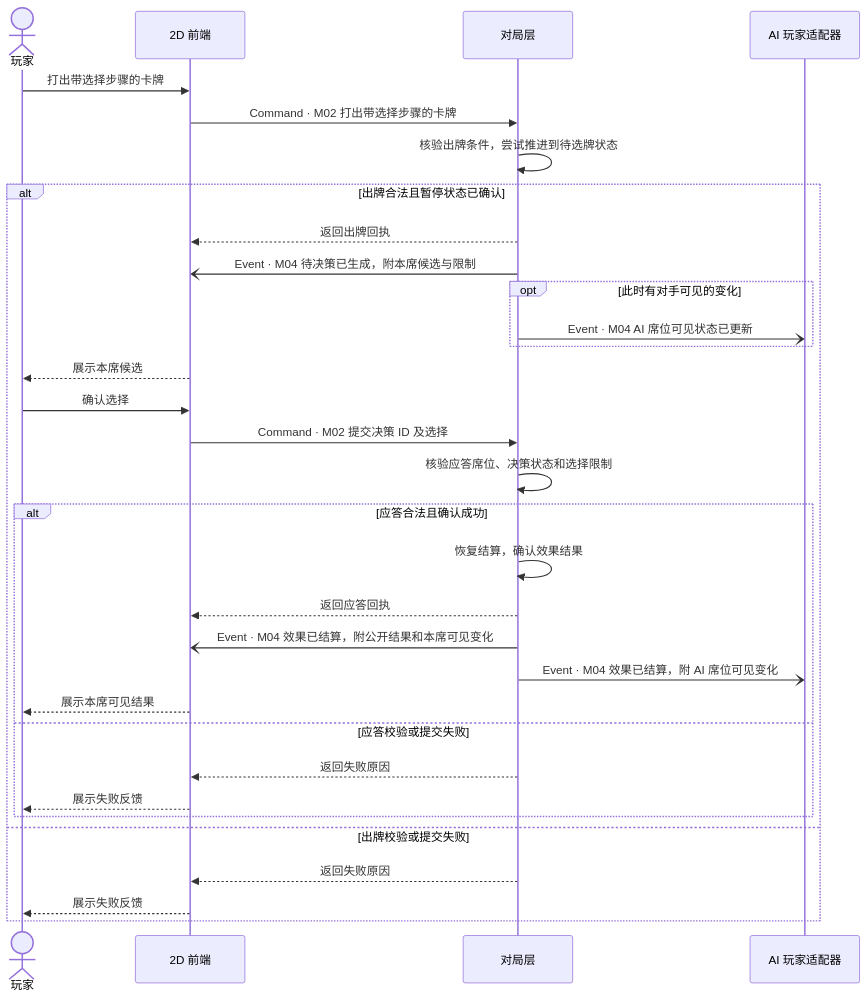
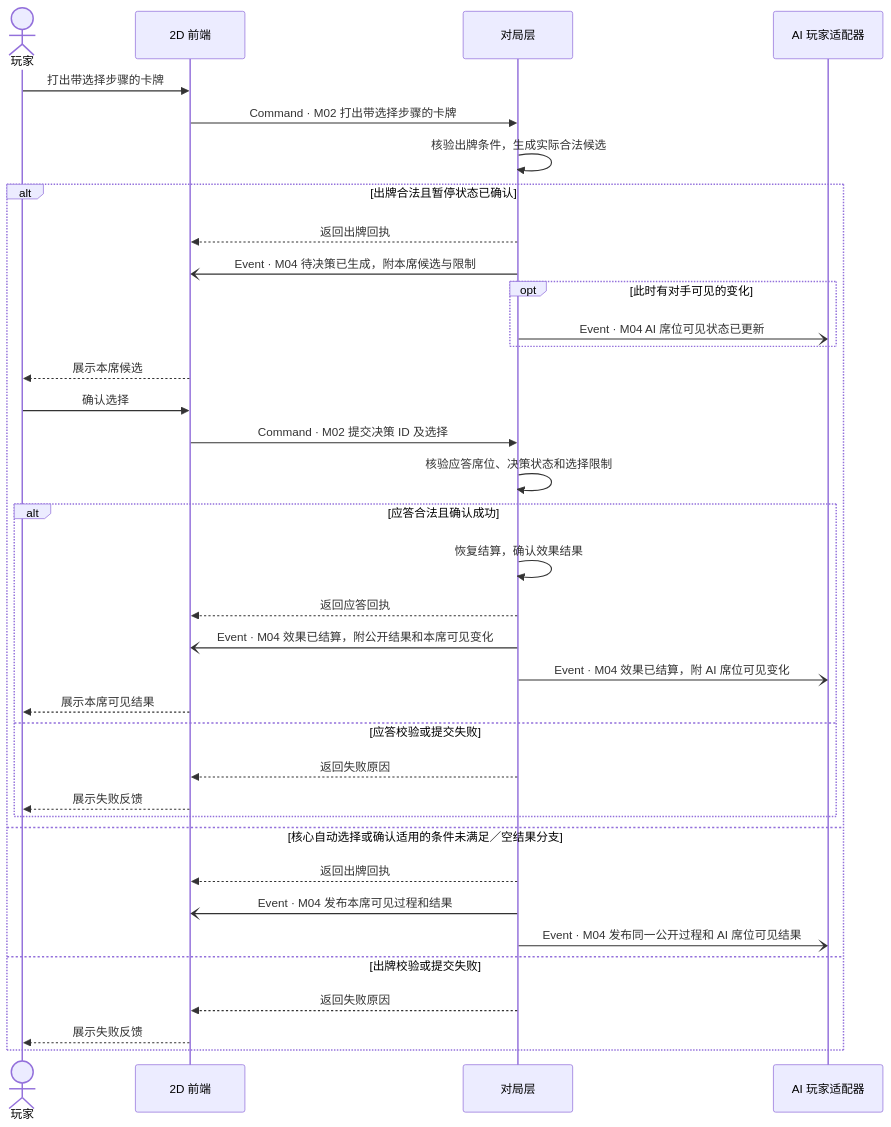
One commit to jigejiqiangshou/Critical-Provisional changed the fourth of 12 diagrams in specs/001-offline-game-refactor/contracts/scenario-sequences.md. Above: the diagram before and after it, drawn with Mermaid. The commit also changed other lines of this file and 9 other files, not shown here.

````diff
--- a/specs/001-offline-game-refactor/contracts/scenario-sequences.md
+++ b/specs/001-offline-game-refactor/contracts/scenario-sequences.md
@@ -139,35 +139,39 @@
 ```mermaid
 sequenceDiagram
     actor P as 玩家
     participant F as 2D 前端
     participant G as 对局层
     participant A as AI 玩家适配器
 
     P->>F: 打出带选择步骤的卡牌
     F->>G: Command · M02 打出带选择步骤的卡牌
-    G->>G: 核验出牌条件，尝试推进到待选牌状态
+    G->>G: 核验出牌条件，生成实际合法候选
     alt 出牌合法且暂停状态已确认
         G-->>F: 返回出牌回执
         G-)F: Event · M04 待决策已生成，附本席候选与限制
         opt 此时有对手可见的变化
             G-)A: Event · M04 AI 席位可见状态已更新
         end
         F-->>P: 展示本席候选
         P->>F: 确认选择
         F->>G: Command · M02 提交决策 ID 及选择
         G->>G: 核验应答席位、决策状态和选择限制
         alt 应答合法且确认成功
             G->>G: 恢复结算，确认效果结果
             G-->>F: 返回应答回执
             G-)F: Event · M04 效果已结算，附公开结果和本席可见变化
             G-)A: Event · M04 效果已结算，附 AI 席位可见变化
             F-->>P: 展示本席可见结果
         else 应答校验或提交失败
             G-->>F: 返回失败原因
             F-->>P: 展示失败反馈
         end
+    else 核心自动选择或确认适用的条件未满足／空结果分支
+        G-->>F: 返回出牌回执
+        G-)F: Event · M04 发布本席可见过程和结果
+        G-)A: Event · M04 发布同一公开过程和 AI 席位可见结果
     else 出牌校验或提交失败
         G-->>F: 返回失败原因
         F-->>P: 展示失败反馈
     end
 ```
````
